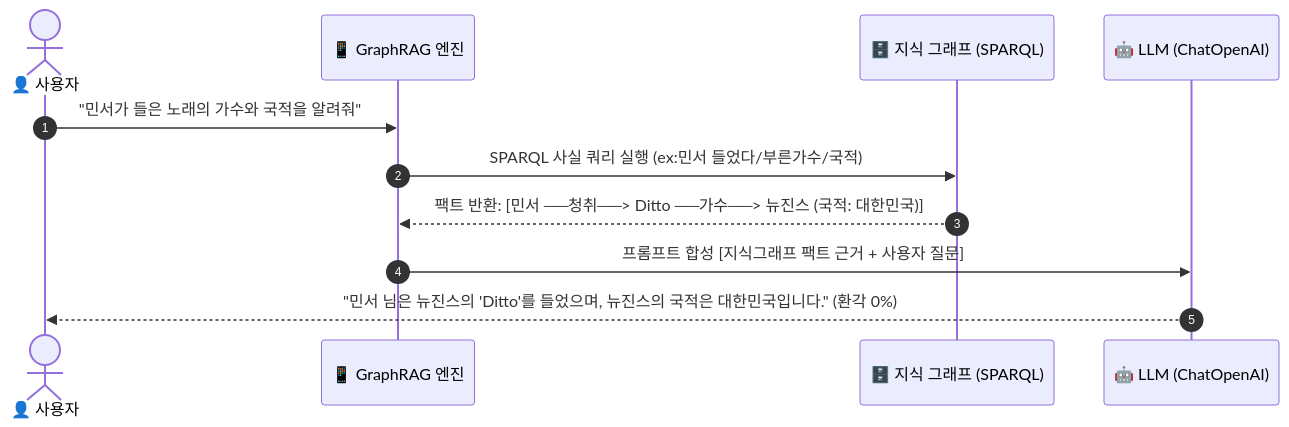
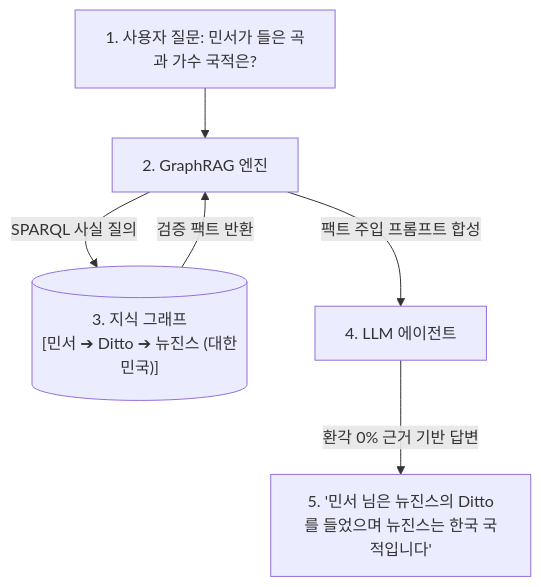
The sixth of 6 diagrams in 내작업폴더/day27_그래프DB_개념_지식그래프/00_그래프DB_지식그래프_마스터_아키텍처_보고서.md (mycar4/enkoa-practice-knowledge-graph), drawn with Mermaid before and after one commit. The commit also changed other lines of this file and 1 other file, not shown here.

Commit message:
fix: Big Picture 전 단계 Mermaid 문법 표준화 및 텍스트 조감도 듀얼 지원

````diff
--- a/내작업폴더/day27_그래프DB_개념_지식그래프/00_그래프DB_지식그래프_마스터_아키텍처_보고서.md
+++ b/내작업폴더/day27_그래프DB_개념_지식그래프/00_그래프DB_지식그래프_마스터_아키텍처_보고서.md
@@ -295,14 +302,8 @@
 ```mermaid
-sequenceDiagram
-    autonumber
-    actor User as 👤 사용자
-    participant App as 📱 GraphRAG 엔진
-    participant KG as 🗄️ 지식 그래프 (SPARQL)
-    participant LLM as 🤖 LLM (ChatOpenAI)
-
-    User->>App: "민서가 들은 노래의 가수와 국적을 알려줘"
-    App->>KG: SPARQL 사실 쿼리 실행 (ex:민서 들었다/부른가수/국적)
-    KG-->>App: 팩트 반환: [민서 ──청취──> Ditto ──가수──> 뉴진스 (국적: 대한민국)]
-    App->>LLM: 프롬프트 합성 [지식그래프 팩트 근거 + 사용자 질문]
-    LLM-->>User: "민서 님은 뉴진스의 'Ditto'를 들었으며, 뉴진스의 국적은 대한민국입니다." (환각 0%)
+flowchart TD
+    User["1. 사용자 질문: 민서가 들은 곡과 가수 국적은?"] --> Engine["2. GraphRAG 엔진"]
+    Engine -->|SPARQL 사실 질의| KG[("3. 지식 그래프\n[민서 ➔ Ditto ➔ 뉴진스 (대한민국)]")]
+    KG -->|검증 팩트 반환| Engine
+    Engine -->|팩트 주입 프롬프트 합성| LLM["4. LLM 에이전트"]
+    LLM -->|환각 0% 근거 기반 답변| Ans["5. '민서 님은 뉴진스의 Ditto를 들었으며 뉴진스는 한국 국적입니다'"]
 ```
````
